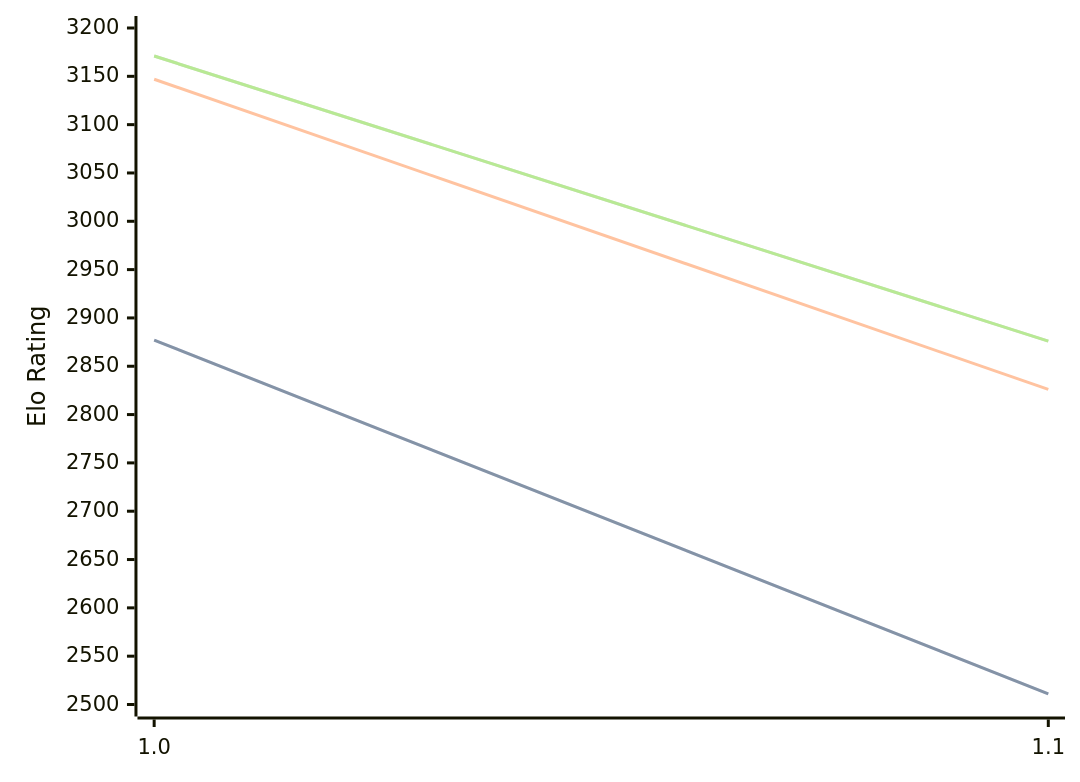
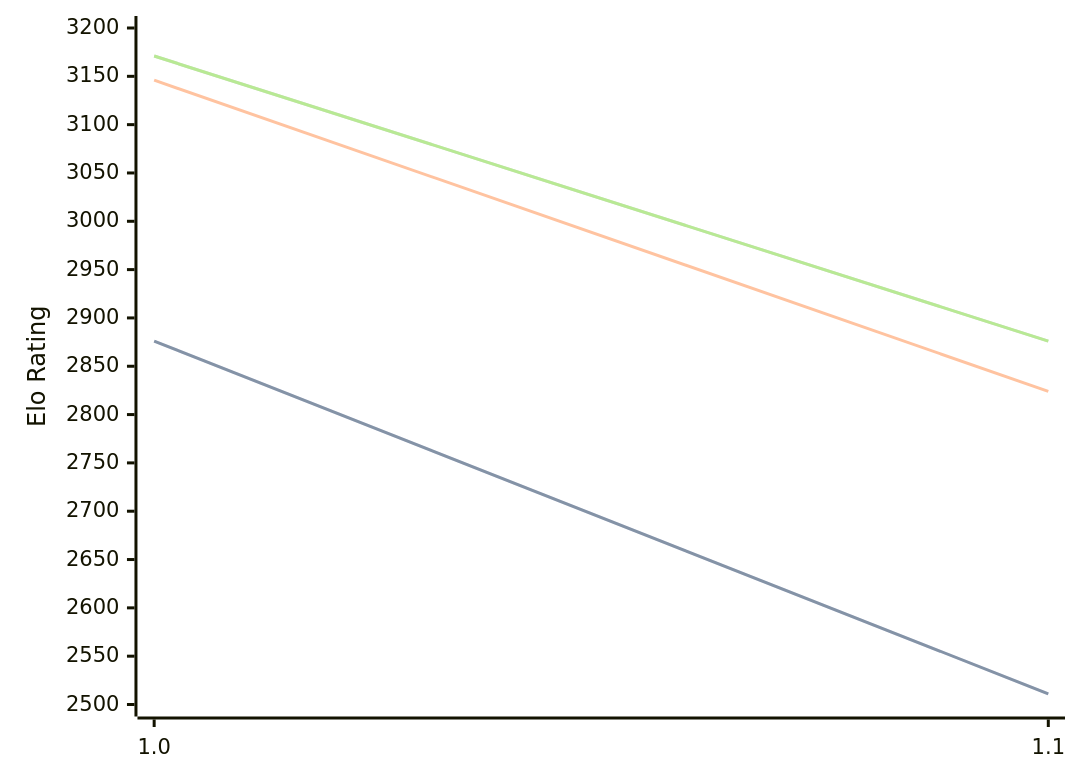
Before and after one commit to computer-chess-index/cci: the diagram in engines/Publius.md, drawn with Mermaid. The commit also changed other lines of this file, not shown here.

Commit message:
Update CCI Ratings (ELO VLTC) - 2026-02-14

````diff
--- a/engines/Publius.md
+++ b/engines/Publius.md
@@ -29,11 +29,11 @@
 ```mermaid
 %%{init: {"theme":"base","themeVariables":{"seriesColors:['#a3a3a3','#222221','#faa371']}}}%%
 xychart-beta
   x-axis ["1.0", "1.1"]
   y-axis "Elo Rating" 2500 --> 3200
-  line "STC (8.0+0.08s)" [2877, 2511]
-  line "STC (8.0+0.08s)" [2877, 2511]
-  line "LTC (60.0+0.60s)" [3147, 2826]
+  line "STC (8.0+0.08s)" [2876, 2511]
+  line "STC (8.0+0.08s)" [2876, 2511]
+  line "LTC (60.0+0.60s)" [3146, 2824]
   line "VLTC (2m24s+1.12s)" [3171, 2876]
   line "VLTC (2m24s+1.12s)" [3171, 2876]
 ```
````
